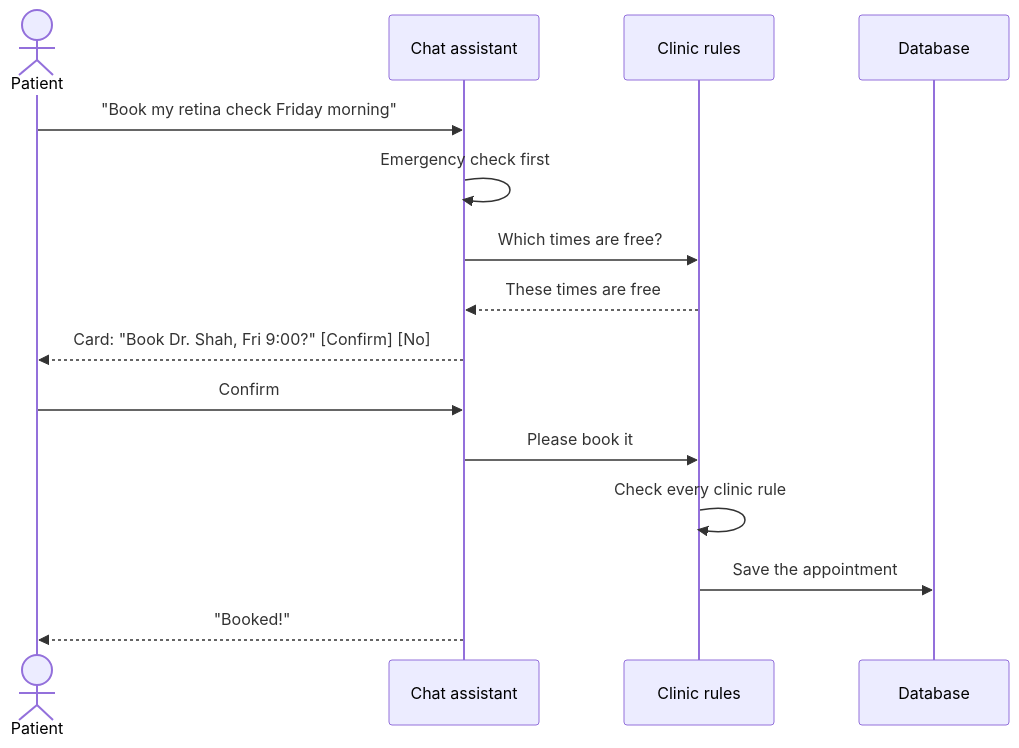
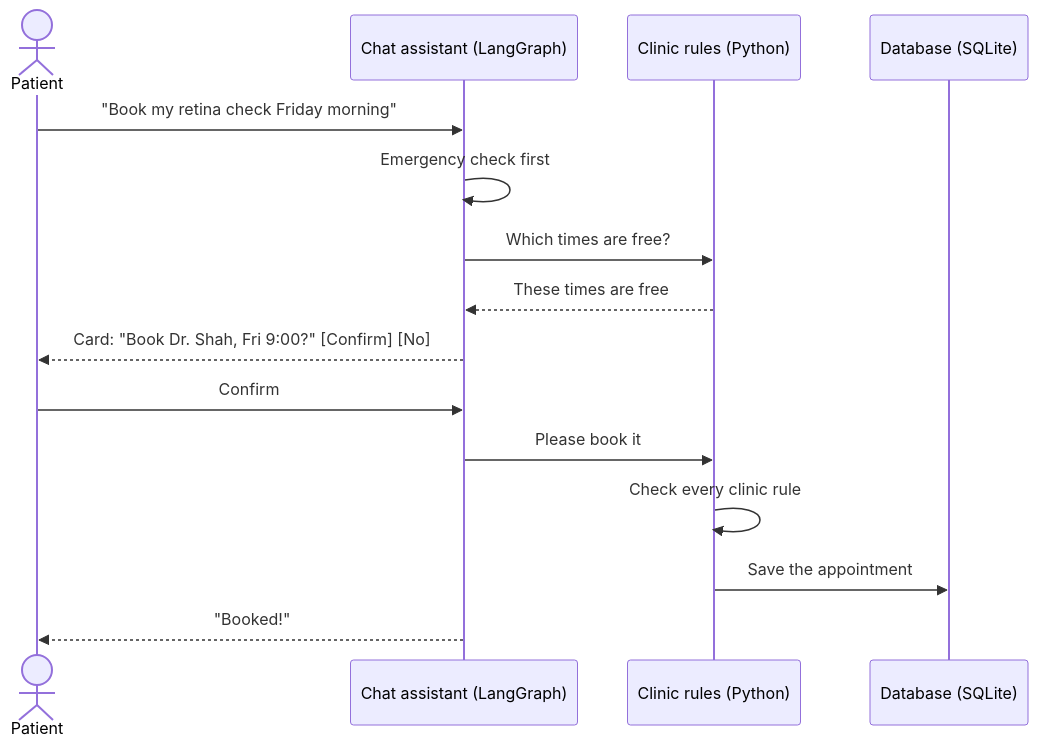
One commit to sanjana1925/netracare-iteration04 changed the third of 4 diagrams in README.md. Above: the diagram before and after it, drawn with Mermaid. The commit also changed other lines of this file, not shown here.

````diff
--- a/README.md
+++ b/README.md
@@ -91,17 +107,17 @@
 ```mermaid
 sequenceDiagram
     actor P as Patient
-    participant C as Chat assistant
-    participant R as Clinic rules
-    participant D as Database
+    participant C as Chat assistant (LangGraph)
+    participant R as Clinic rules (Python)
+    participant D as Database (SQLite)
     P->>C: "Book my retina check Friday morning"
     C->>C: Emergency check first
     C->>R: Which times are free?
     R-->>C: These times are free
     C-->>P: Card: "Book Dr. Shah, Fri 9:00?" [Confirm] [No]
     P->>C: Confirm
     C->>R: Please book it
     R->>R: Check every clinic rule
     R->>D: Save the appointment
     C-->>P: "Booked!"
 ```
````
